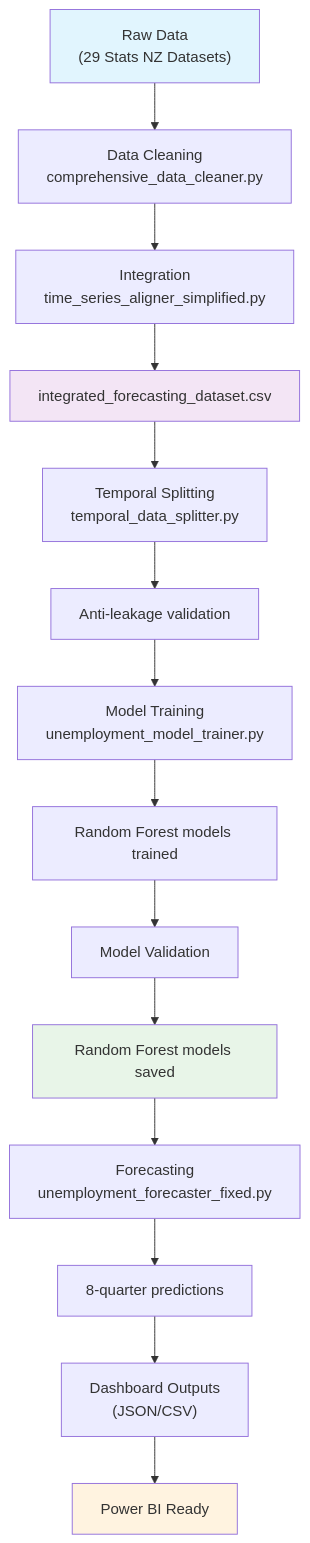
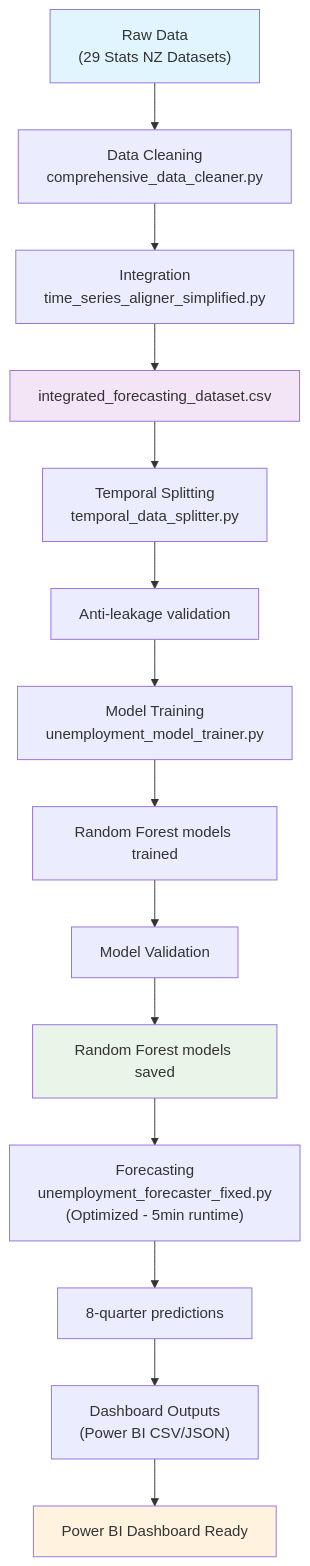
Before and after one commit to CalebFrums/JRKI-Capstone-Project: the diagram in README.md, drawn with Mermaid. The commit also changed other lines of this file and 1 other file, not shown here.

````diff
--- a/README.md
+++ b/README.md
@@ -36,21 +38,21 @@
 ```mermaid
 flowchart TD
     A["Raw Data<br/>(29 Stats NZ Datasets)"] --> B["Data Cleaning<br/>comprehensive_data_cleaner.py"]
     B --> C["Integration<br/>time_series_aligner_simplified.py"]
     C --> D["integrated_forecasting_dataset.csv"]
     D --> E["Temporal Splitting<br/>temporal_data_splitter.py"]
     E --> F["Anti-leakage validation"]
     F --> G["Model Training<br/>unemployment_model_trainer.py"]
     G --> H["Random Forest models trained"]
     H --> I["Model Validation"]
     I --> J["Random Forest models saved"]
-    J --> K["Forecasting<br/>unemployment_forecaster_fixed.py"]
+    J --> K["Forecasting<br/>unemployment_forecaster_fixed.py<br/>(Optimized - 5min runtime)"]
     K --> L["8-quarter predictions"]
-    L --> M["Dashboard Outputs<br/>(JSON/CSV)"]
-    M --> N["Power BI Ready"]
+    L --> M["Dashboard Outputs<br/>(Power BI CSV/JSON)"]
+    M --> N["Power BI Dashboard Ready"]
     
     style A fill:#e1f5fe
     style D fill:#f3e5f5
     style J fill:#e8f5e8
     style N fill:#fff3e0
 ```
````
